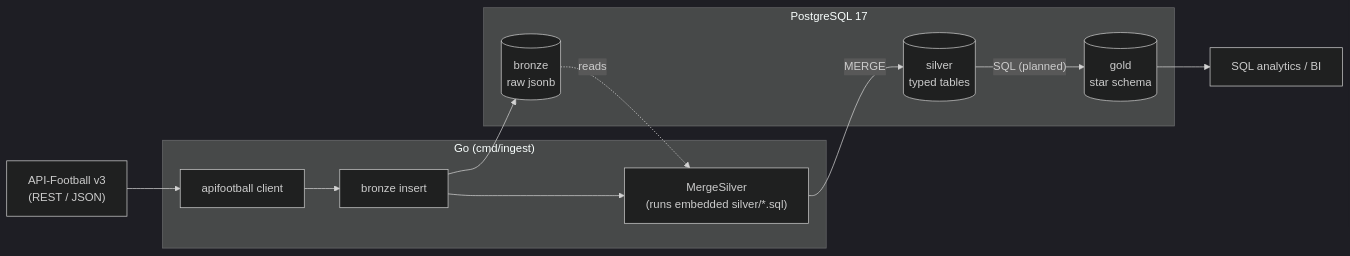
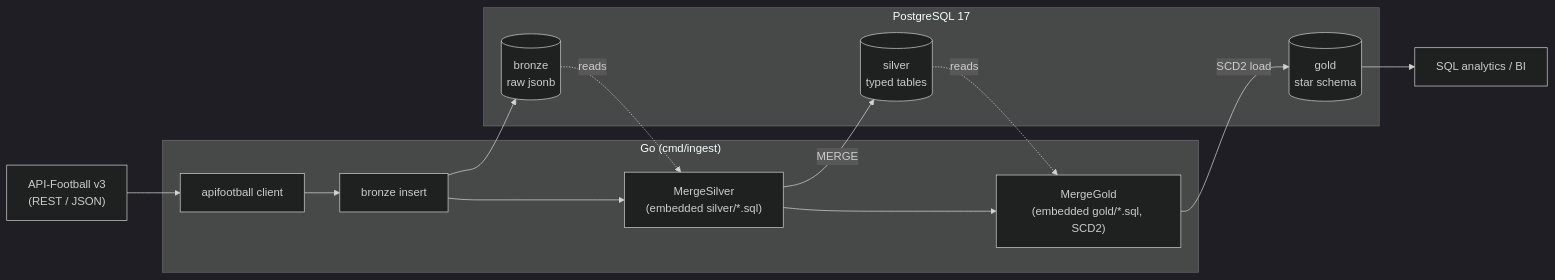
The first of 4 diagrams in README.md (rodrigoarismendi/offside), drawn with Mermaid (dark theme) before and after one commit. The commit also changed other lines of this file and 8 other files, not shown here.

Commit message:
Implement gold dimension tables and update ingestion process for Silver to Gold transformation

````diff
--- a/README.md
+++ b/README.md
@@ -56,19 +56,21 @@
 ```mermaid
 flowchart LR
     API["API-Football v3<br/>(REST / JSON)"]
     subgraph GO["Go (cmd/ingest)"]
         C["apifootball client"] --> L["bronze insert"]
-        L --> M["MergeSilver<br/>(runs embedded silver/*.sql)"]
+        L --> M["MergeSilver<br/>(embedded silver/*.sql)"]
+        M --> GG["MergeGold<br/>(embedded gold/*.sql, SCD2)"]
     end
     subgraph PG["PostgreSQL 17"]
         B[("bronze<br/>raw jsonb")]
         S[("silver<br/>typed tables")]
         G[("gold<br/>star schema")]
     end
     API --> C
     L --> B
     B -. reads .-> M
     M -- "MERGE" --> S
-    S -- "SQL (planned)" --> G
+    S -. reads .-> GG
+    GG -- "SCD2 load" --> G
     G --> BI["SQL analytics / BI"]
 ```
````
